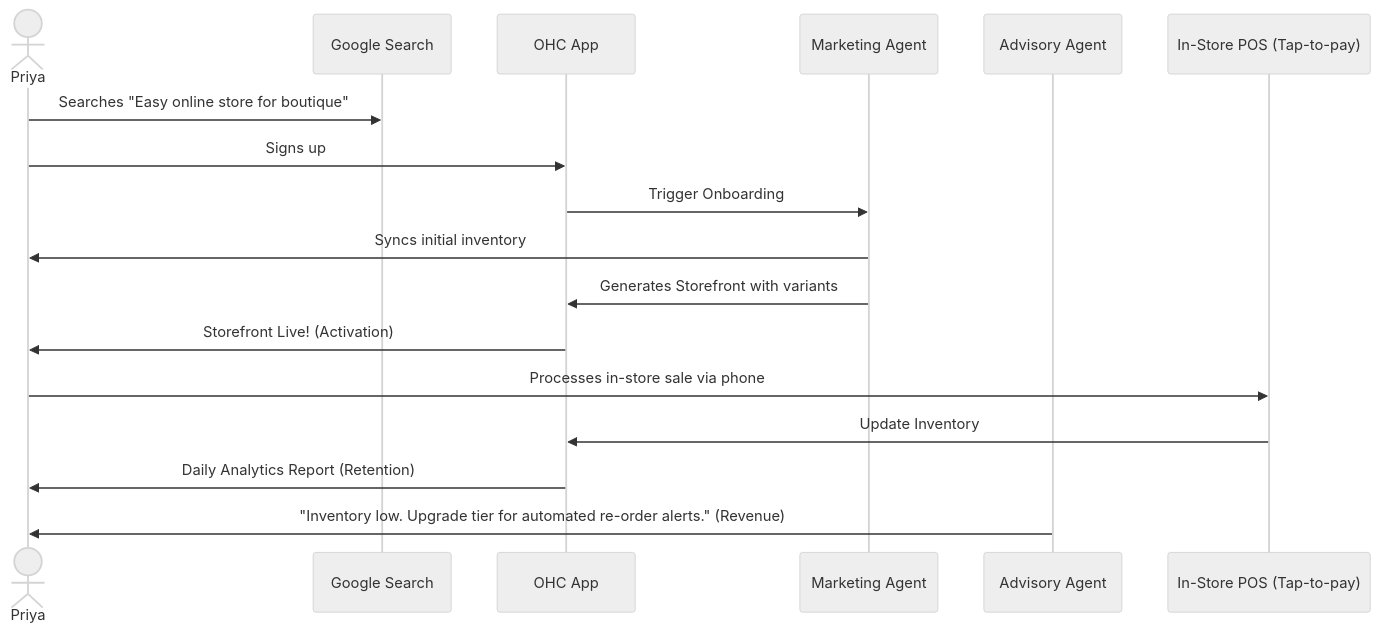
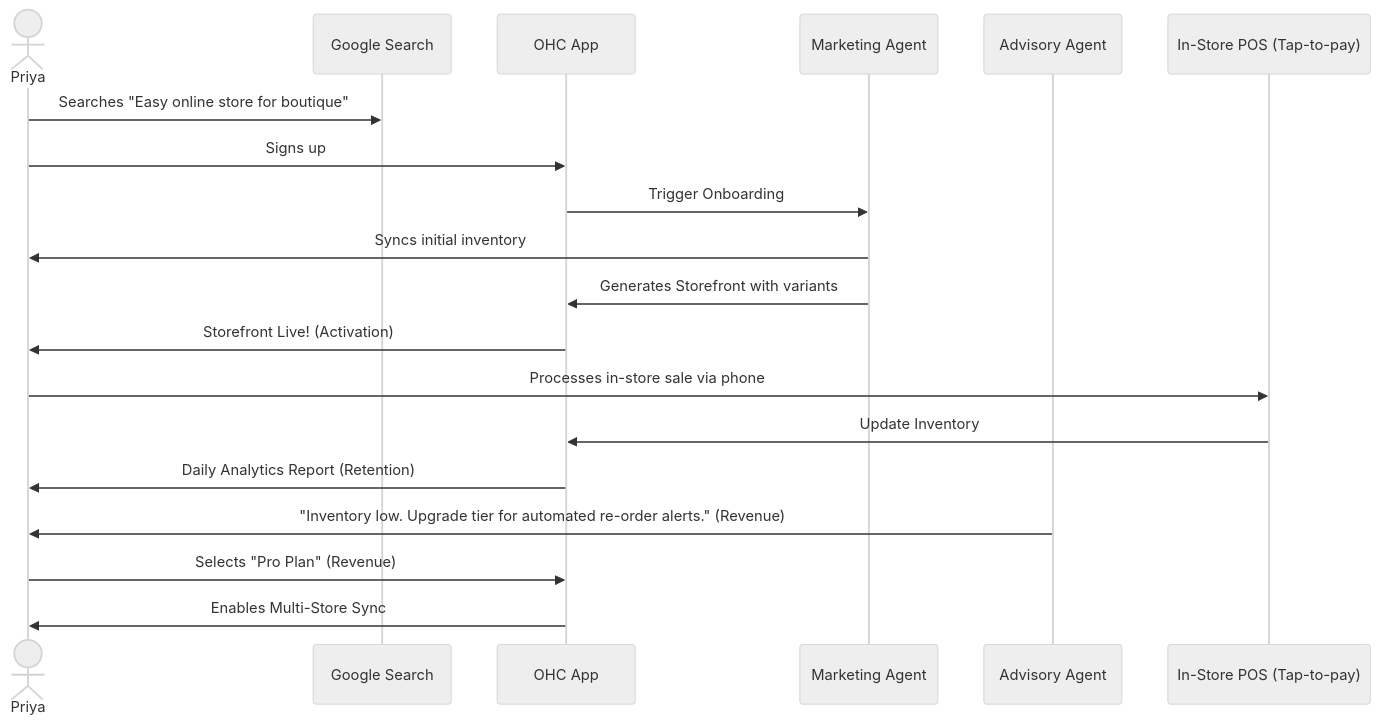
One commit to omnisolo-llc/onehumancorp changed the third of 5 diagrams in docs/research/[architecture]_business_journey.md. Above: the diagram before and after it, drawn with Mermaid (neutral theme). The commit also changed other lines of this file and 4 other files, not shown here.

First line of the commit message:
docs(research): consolidate architectural blueprints for KAIROS swarm

````diff
--- a/docs/research/[architecture]_business_journey.md
+++ b/docs/research/[architecture]_business_journey.md
@@ -94,20 +99,22 @@
 ```mermaid
 sequenceDiagram
     actor Priya
     participant Search as Google Search
     participant OHC as OHC App
     participant AI_Mark as Marketing Agent
     participant AI_Adv as Advisory Agent
     participant POS as In-Store POS (Tap-to-pay)
 
     Priya->>Search: Searches "Easy online store for boutique"
     Priya->>OHC: Signs up
     OHC->>AI_Mark: Trigger Onboarding
     AI_Mark->>Priya: Syncs initial inventory
     AI_Mark->>OHC: Generates Storefront with variants
     OHC->>Priya: Storefront Live! (Activation)
     Priya->>POS: Processes in-store sale via phone
     POS->>OHC: Update Inventory
     OHC->>Priya: Daily Analytics Report (Retention)
     AI_Adv->>Priya: "Inventory low. Upgrade tier for automated re-order alerts." (Revenue)
+    Priya->>OHC: Selects "Pro Plan" (Revenue)
+    OHC->>Priya: Enables Multi-Store Sync
 ```
````
